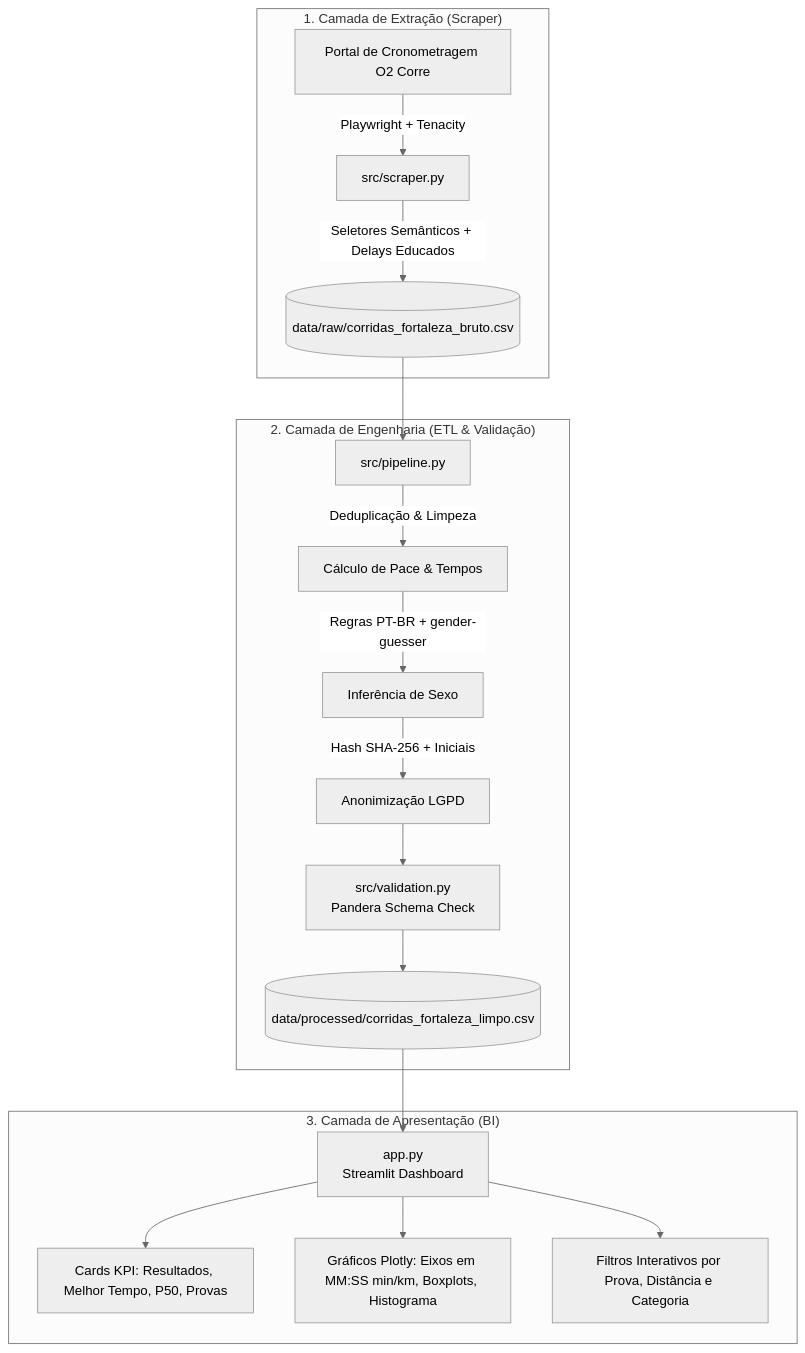
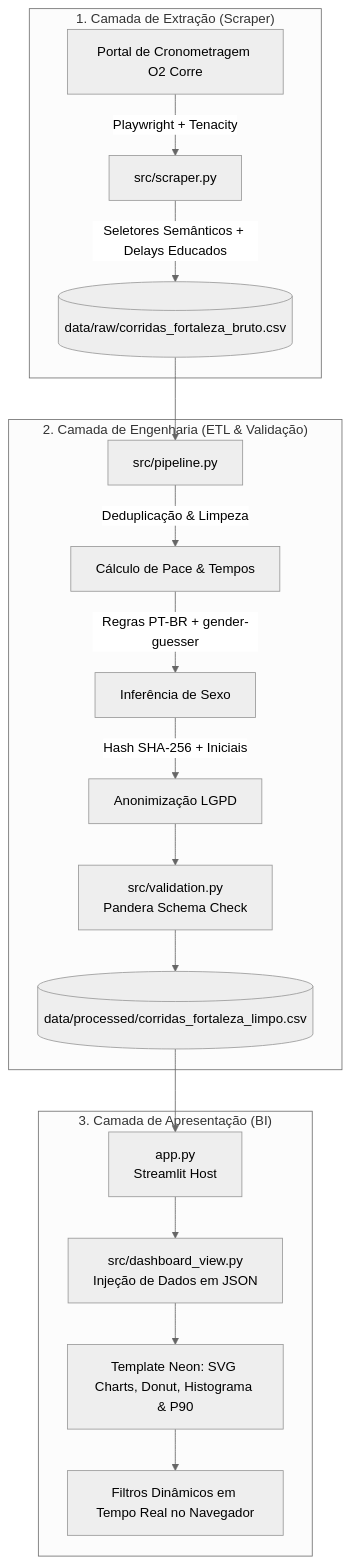
Before and after one commit to fernandosvale/runner-insights: the diagram in README.md, drawn with Mermaid (neutral theme). The commit also changed other lines of this file and 1 other file, not shown here.

Commit message:
docs: atualizar screenshot e documentacao do dashboard neon no readme

````diff
--- a/README.md
+++ b/README.md
@@ -38,23 +38,23 @@
 ```mermaid
 flowchart TD
     subgraph Coleta ["1. Camada de Extração (Scraper)"]
         A[Portal de Cronometragem O2 Corre] -->|Playwright + Tenacity| B[src/scraper.py]
         B -->|Seletores Semânticos + Delays Educados| C[(data/raw/corridas_fortaleza_bruto.csv)]
     end
 
     subgraph Tratamento ["2. Camada de Engenharia (ETL & Validação)"]
         C --> D[src/pipeline.py]
         D -->|Deduplicação & Limpeza| E[Cálculo de Pace & Tempos]
         E -->|Regras PT-BR + gender-guesser| F[Inferência de Sexo]
         F -->|Hash SHA-256 + Iniciais| G[Anonimização LGPD]
         G --> H[src/validation.py<br/>Pandera Schema Check]
         H --> I[(data/processed/corridas_fortaleza_limpo.csv)]
     end
 
     subgraph Visualizacao ["3. Camada de Apresentação (BI)"]
-        I --> J[app.py<br/>Streamlit Dashboard]
-        J --> K[Cards KPI: Resultados, Melhor Tempo, P50, Provas]
-        J --> L[Gráficos Plotly: Eixos em MM:SS min/km, Boxplots, Histograma]
-        J --> M[Filtros Interativos por Prova, Distância e Categoria]
+        I --> J[app.py<br/>Streamlit Host]
+        J --> K[src/dashboard_view.py<br/>Injeção de Dados em JSON]
+        K --> L[Template Neon: SVG Charts, Donut, Histograma & P90]
+        L --> M[Filtros Dinâmicos em Tempo Real no Navegador]
     end
 ```
````
